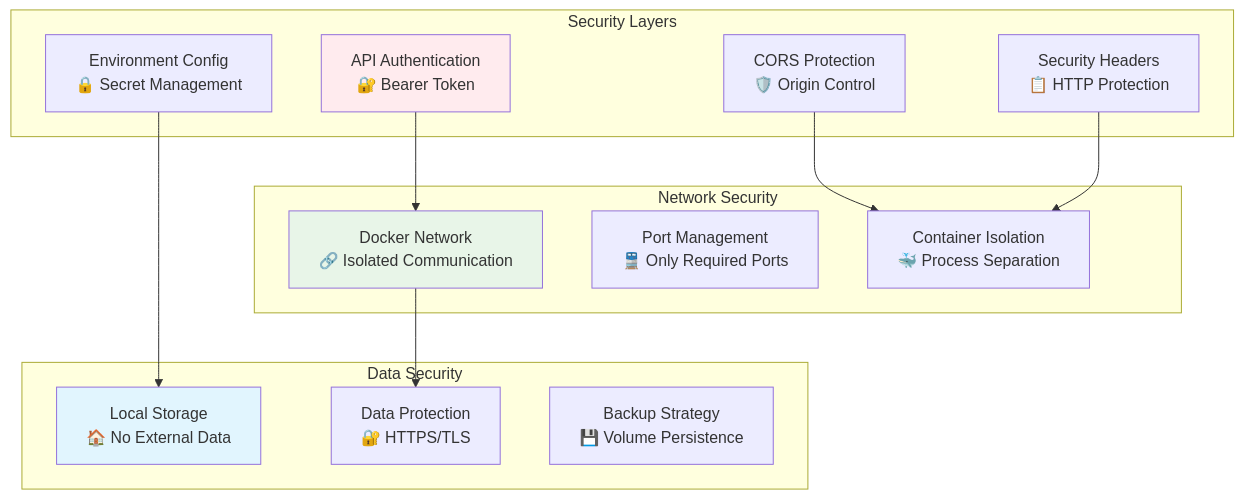
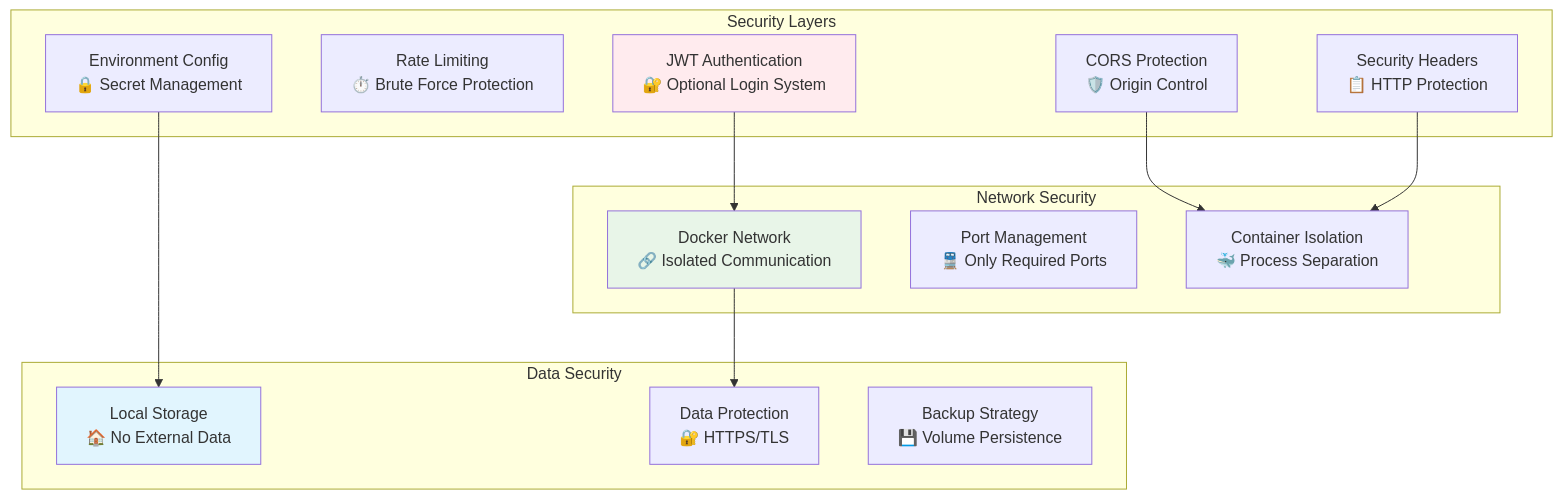
Before and after one commit to BondIT-ApS/NextDNS-Optimized-Analytics: diagram 11 of 11 in docs/02-architecture.md, drawn with Mermaid. The commit also changed other lines of this file and 22 other files, not shown here.

````diff
--- a/docs/02-architecture.md
+++ b/docs/02-architecture.md
@@ -333,31 +333,32 @@
 ```mermaid
 graph TB
     subgraph "Security Layers"
-        Auth[API Authentication<br/>🔐 Bearer Token]
+        Auth[JWT Authentication<br/>🔐 Optional Login System]
+        RateLimit[Rate Limiting<br/>⏱️ Brute Force Protection]
         CORS[CORS Protection<br/>🛡️ Origin Control]
         Headers[Security Headers<br/>📋 HTTP Protection]
         Env[Environment Config<br/>🔒 Secret Management]
     end
     
     subgraph "Network Security"
         Network[Docker Network<br/>🔗 Isolated Communication]
         Ports[Port Management<br/>🚆 Only Required Ports]
         Container[Container Isolation<br/>🐳 Process Separation]
     end
     
     subgraph "Data Security"
         Local[Local Storage<br/>🏠 No External Data]
         Encryption[Data Protection<br/>🔐 HTTPS/TLS]
         Backup[Backup Strategy<br/>💾 Volume Persistence]
     end
     
     Auth --> Network
     CORS --> Container
     Headers --> Container
     Env --> Local
     Network --> Encryption
     
     style Auth fill:#ffebee
     style Network fill:#e8f5e8
     style Local fill:#e1f5fe
 ```
````
